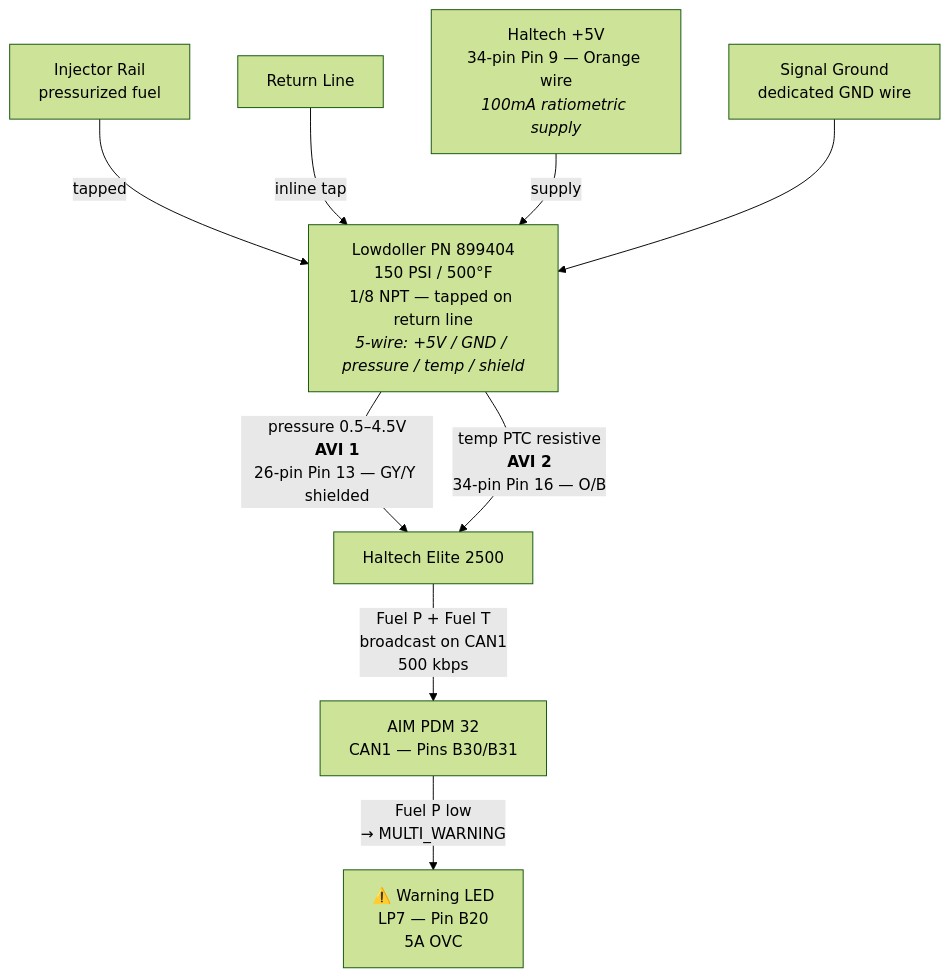
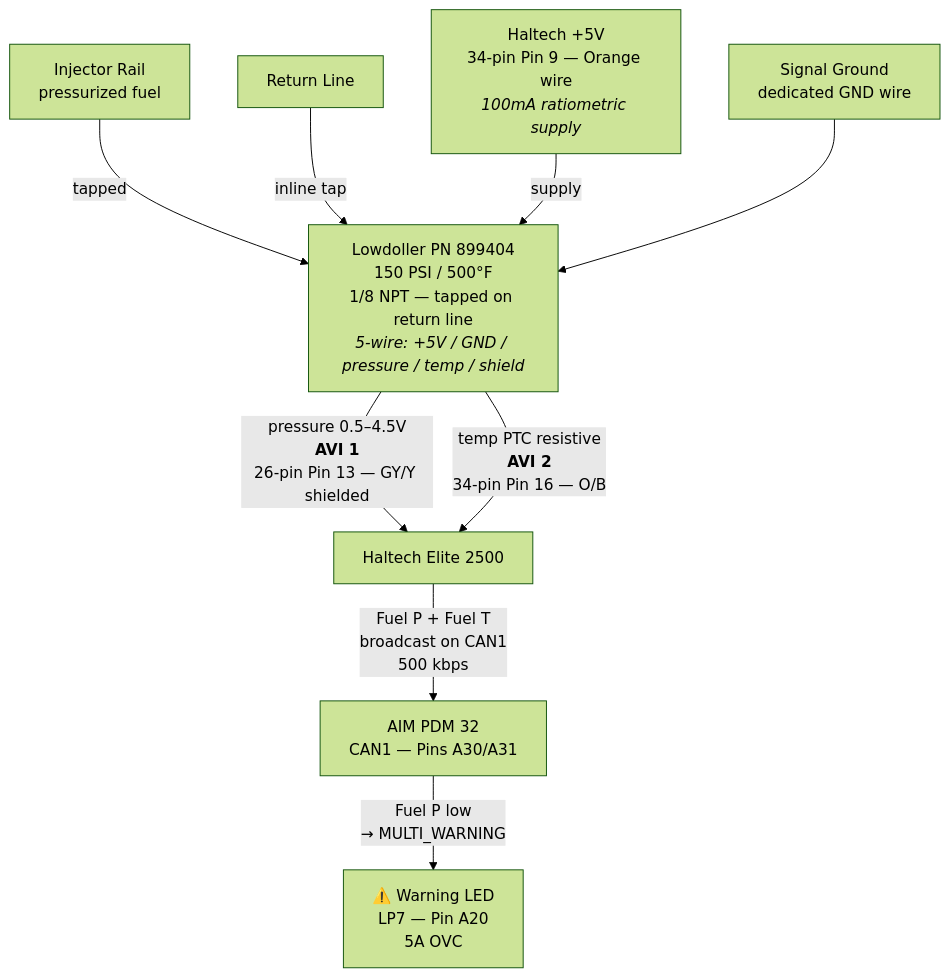
The second of 2 diagrams in Knowledgebase/builds/white-tiburon/diagrams/fuel-pump.md (JF245-tb/tiburon-gk-knowledgebase), drawn with Mermaid (forest theme) before and after one commit. The commit also changed other lines of this file and 12 other files, not shown here.

````diff
--- a/Knowledgebase/builds/white-tiburon/diagrams/fuel-pump.md
+++ b/Knowledgebase/builds/white-tiburon/diagrams/fuel-pump.md
@@ -39,29 +39,29 @@
 ```mermaid
 flowchart TD
     RAIL["Injector Rail<br/>pressurized fuel"]
     RETURN["Return Line"]
 
     SENSOR["Lowdoller PN 899404<br/>150 PSI / 500°F<br/>1/8 NPT — tapped on return line<br/><i>5-wire: +5V / GND / pressure / temp / shield</i>"]
 
     RAIL -->|"tapped"| SENSOR
     RETURN -->|"inline tap"| SENSOR
 
     PWR5V["Haltech +5V<br/>34-pin Pin 9 — Orange wire<br/><i>100mA ratiometric supply</i>"]
     GND["Signal Ground<br/>dedicated GND wire"]
 
     PWR5V -->|"supply"| SENSOR
     GND --> SENSOR
 
     SENSOR -->|"pressure 0.5–4.5V<br/><b>AVI 1</b><br/>26-pin Pin 13 — GY/Y shielded"| ECU["Haltech Elite 2500"]
     SENSOR -->|"temp PTC resistive<br/><b>AVI 2</b><br/>34-pin Pin 16 — O/B"| ECU
 
-    ECU -->|"Fuel P + Fuel T<br/>broadcast on CAN1<br/>500 kbps"| PDM["AIM PDM 32<br/>CAN1 — Pins B30/B31"]
+    ECU -->|"Fuel P + Fuel T<br/>broadcast on CAN1<br/>500 kbps"| PDM["AIM PDM 32<br/>CAN1 — Pins A30/A31"]
 
-    PDM -->|"Fuel P low<br/>→ MULTI_WARNING"| LED["⚠️ Warning LED<br/>LP7 — Pin B20<br/>5A OVC"]
+    PDM -->|"Fuel P low<br/>→ MULTI_WARNING"| LED["⚠️ Warning LED<br/>LP7 — Pin A20<br/>5A OVC"]
 
     click SENSOR "../../../hardware/sensors/lowdoller-sensors.md" "Sensor specs and wiring"
     click PWR5V "../../../hardware/haltech/main-connector-34-pin-elite2500.md" "34-pin pinout"
     click ECU "../../../hardware/haltech/main-connector-26-pin-elite2500.md" "26-pin pinout (AVI 1)"
     click PDM "../../../hardware/aim/aim-pdm/pdm-pinout.md" "PDM pinout"
     click LED "../../../hardware/aim/aim-pdm/pdm-configuration-guide.md" "MULTI_WARNING logic"
 ```
````
